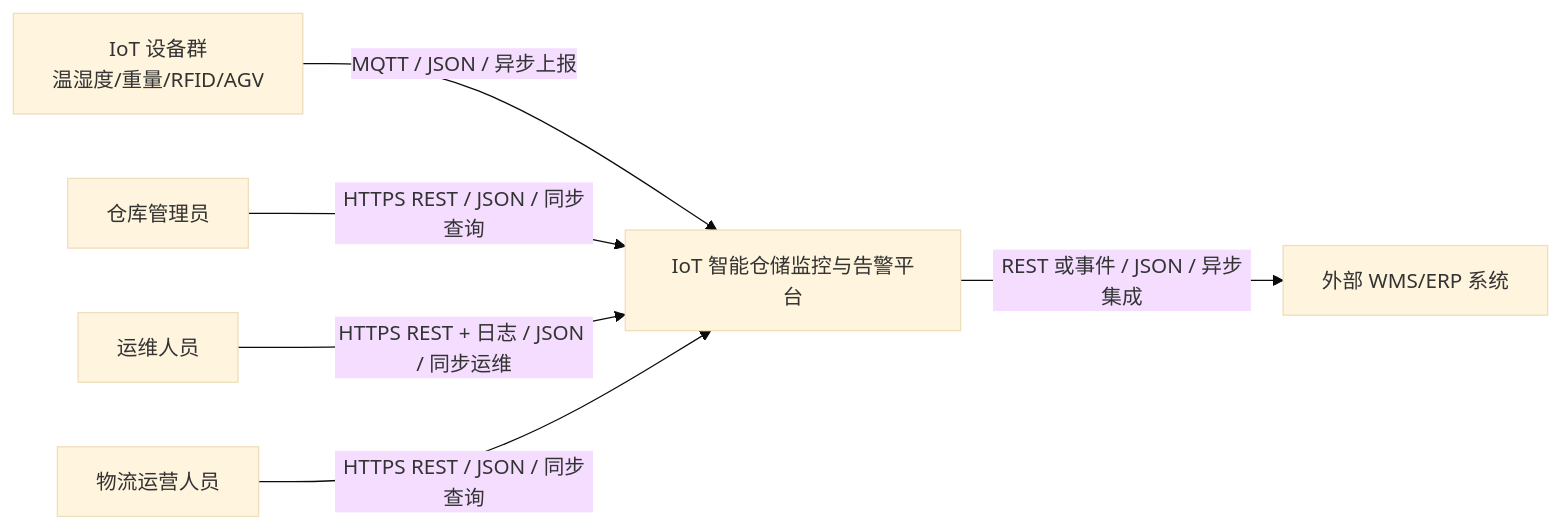
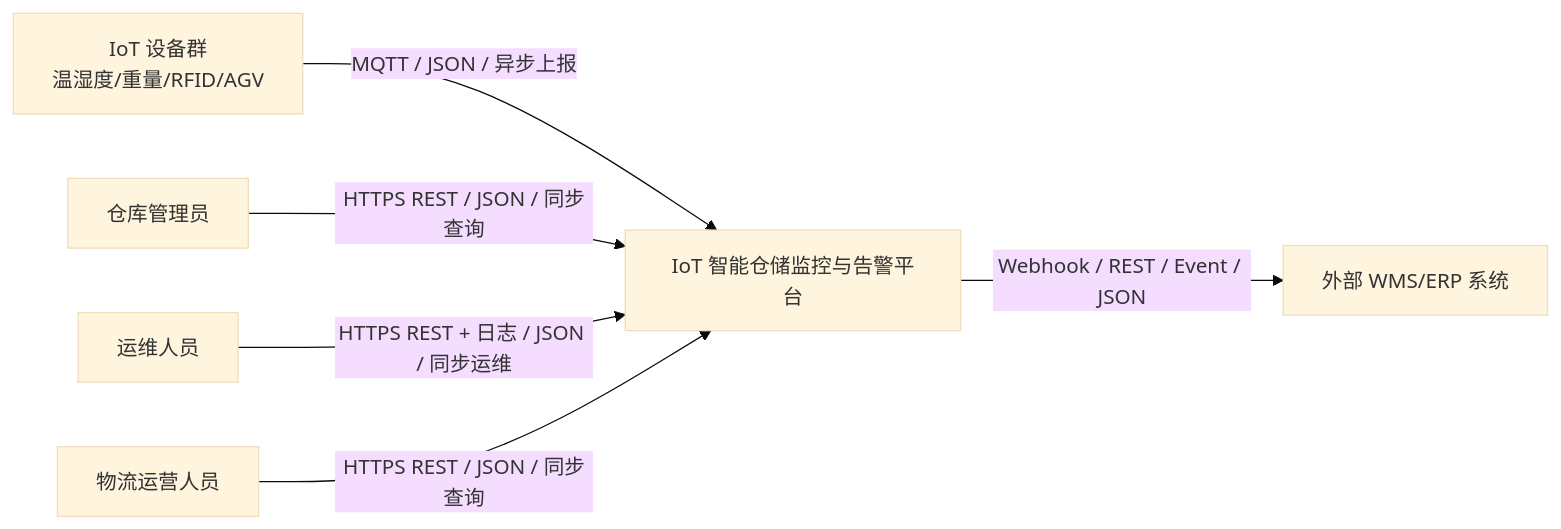
One commit to kpp-codeFVV/iot-warehouse-architecture changed the diagram in docs/02_views/Context_View.md. Above: the diagram before and after it, drawn with Mermaid (base theme). The commit also changed other lines of this file and 39 other files, not shown here.

````diff
--- a/docs/02_views/Context_View.md
+++ b/docs/02_views/Context_View.md
@@ -7,15 +5,15 @@
 ```mermaid
 flowchart LR
     admin[仓库管理员]
     ops[运维人员]
     operator[物流运营人员]
     devices[IoT 设备群<br/>温湿度/重量/RFID/AGV]
     wms[外部 WMS/ERP 系统]
     platform[IoT 智能仓储监控与告警平台]
 
     devices -- MQTT / JSON / 异步上报 --> platform
     admin -- HTTPS REST / JSON / 同步查询 --> platform
     ops -- HTTPS REST + 日志 / JSON / 同步运维 --> platform
     operator -- HTTPS REST / JSON / 同步查询 --> platform
-    platform -- REST 或事件 / JSON / 异步集成 --> wms
+    platform -- Webhook / REST / Event / JSON --> wms
 ```
````
